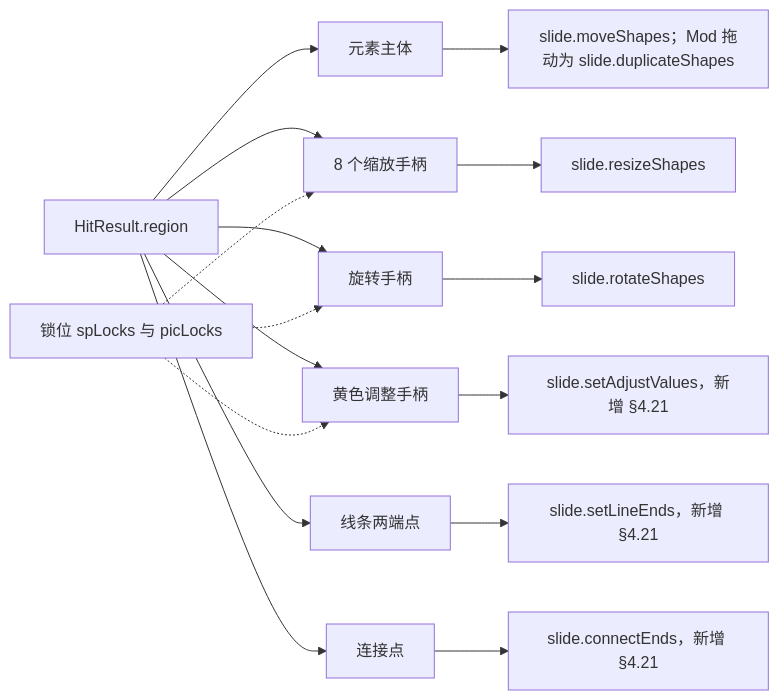
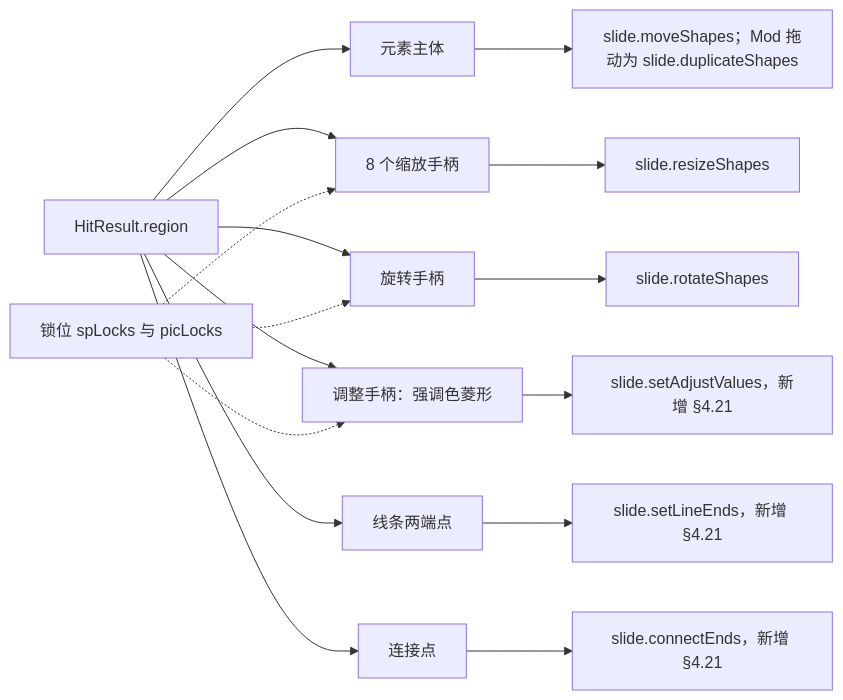
One commit to Xeonice/cordis-ppt-editor changed the fifth of 35 diagrams in docs/50-frontend/18-editor-capabilities.md. Above: the diagram before and after it, drawn with Mermaid. The commit also changed other lines of this file and 25 other files, not shown here.

````diff
--- a/docs/50-frontend/18-editor-capabilities.md
+++ b/docs/50-frontend/18-editor-capabilities.md
@@ -229,18 +241,18 @@
 ```mermaid
 flowchart LR
   hit["HitResult.region"] --> body["元素主体"]
   hit --> resize["8 个缩放手柄"]
   hit --> rotate["旋转手柄"]
-  hit --> adjust["黄色调整手柄"]
+  hit --> adjust["调整手柄：强调色菱形"]
   hit --> ends["线条两端点"]
   hit --> cpt["连接点"]
   body --> c1["slide.moveShapes；Mod 拖动为 slide.duplicateShapes"]
   resize --> c2["slide.resizeShapes"]
   rotate --> c3["slide.rotateShapes"]
   adjust --> c4["slide.setAdjustValues，新增 §4.21"]
   ends --> c5["slide.setLineEnds，新增 §4.21"]
   cpt --> c6["slide.connectEnds，新增 §4.21"]
   locks["锁位 spLocks 与 picLocks"] -.-> resize
   locks -.-> rotate
   locks -.-> adjust
 ```
````
